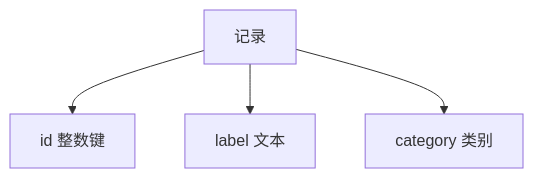
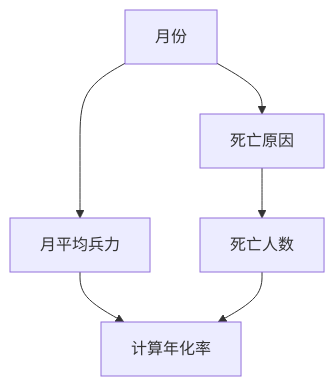
One commit to KkkXUE-prog/FIRST-REPO changed the first of 4 diagrams in 11-比较型/案例A.md. Above: the diagram before and after it, drawn with Mermaid. The commit also changed other lines of this file, not shown here.

Commit message:
精修比较型：南丁格尔24个月死亡数据与统计图

````diff
--- a/11-比较型/案例A.md
+++ b/11-比较型/案例A.md
@@ -30,6 +73,8 @@
 ```mermaid
 flowchart TD
- D[记录] --> I[id 整数键]
- D --> L[label 文本]
- D --> C[category 类别]
+ M[月份] --> P[月平均兵力]
+ M --> C[死亡原因]
+ C --> D[死亡人数]
+ P --> R[计算年化率]
+ D --> R
 ```
````
